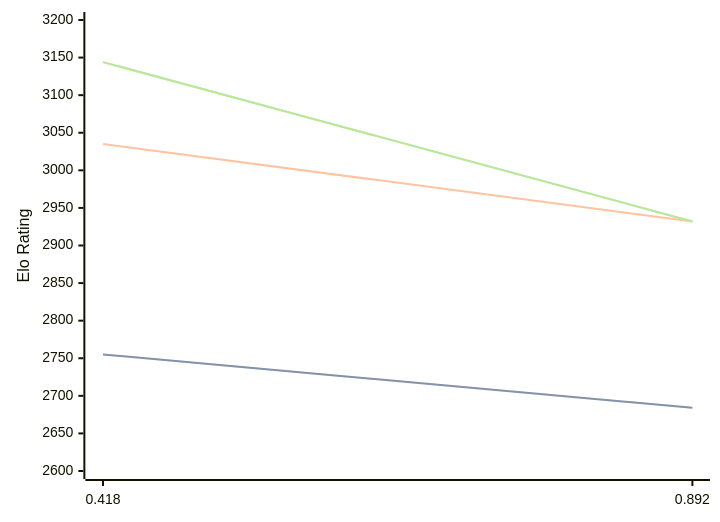
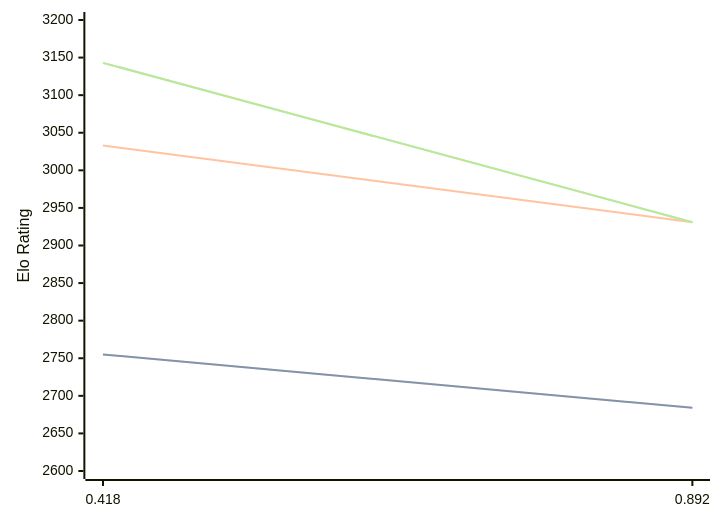
One commit to computer-chess-index/cci changed the diagram in engines/Malika.md. Above: the diagram before and after it, drawn with Mermaid. The commit also changed other lines of this file, not shown here.

Commit message:
Update CCI Ratings (ELO VLTC) - 2026-03-09

````diff
--- a/engines/Malika.md
+++ b/engines/Malika.md
@@ -30,11 +30,11 @@
 ```mermaid
 %%{init: {"theme":"base","themeVariables":{"seriesColors:['#a3a3a3','#222221','#faa371']}}}%%
 xychart-beta
   x-axis ["0.418", "0.892"]
   y-axis "Elo Rating" 2600 --> 3200
   line "STC (8.0+0.08s)" [2755, 2684]
   line "STC (8.0+0.08s)" [2755, 2684]
-  line "LTC (60.0+0.60s)" [3035, 2932]
-  line "VLTC (2m24s+1.12s)" [3144, 2932]
-  line "VLTC (2m24s+1.12s)" [3144, 2932]
+  line "LTC (60.0+0.60s)" [3033, 2931]
+  line "VLTC (2m24s+1.12s)" [3143, 2931]
+  line "VLTC (2m24s+1.12s)" [3143, 2931]
 ```
````
